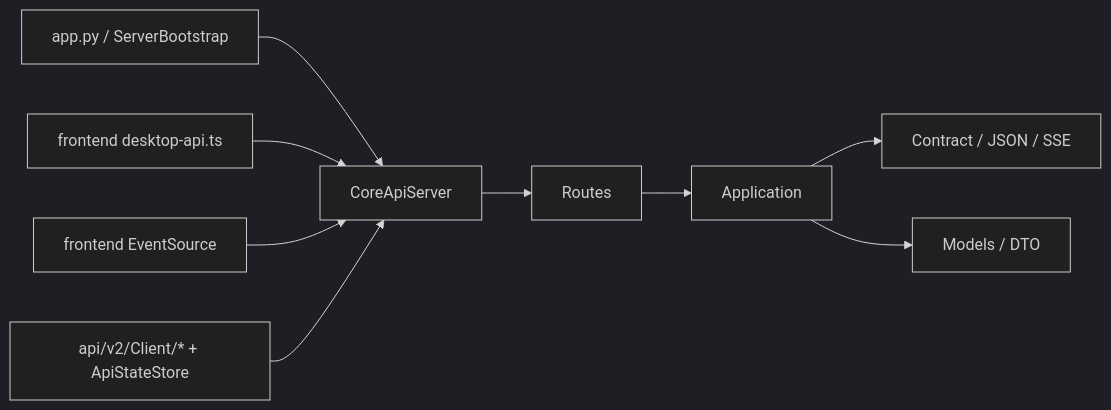
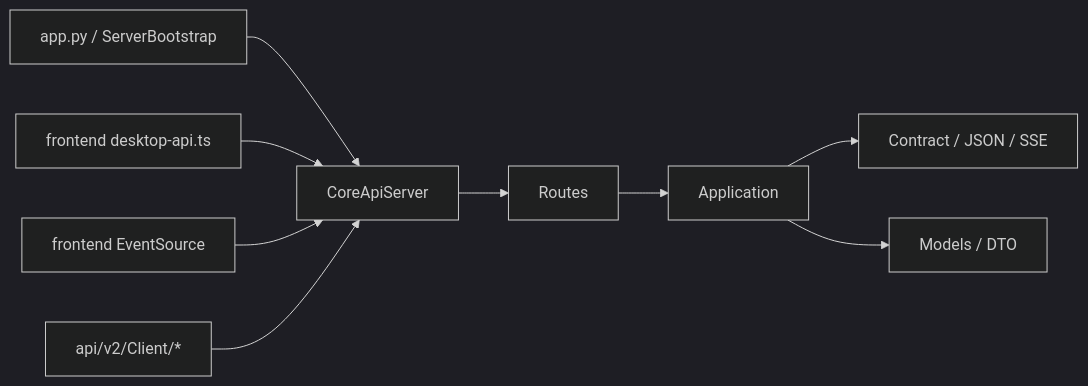
One commit to neavo/LinguaGacha changed the diagram in api/SPEC.md. Above: the diagram before and after it, drawn with Mermaid (dark theme). The commit also changed other lines of this file and 70 other files, not shown here.

````diff
--- a/api/SPEC.md
+++ b/api/SPEC.md
@@ -30,11 +30,11 @@
 ```mermaid
 flowchart LR
     A["app.py / ServerBootstrap"] --> B["CoreApiServer"]
     B --> C["Routes"]
     C --> D["Application"]
     D --> E["Contract / JSON / SSE"]
     D --> F["Models / DTO"]
     G["frontend desktop-api.ts"] --> B
     H["frontend EventSource"] --> B
-    I["api/v2/Client/* + ApiStateStore"] --> B
+    I["api/v2/Client/*"] --> B
 ```
````
